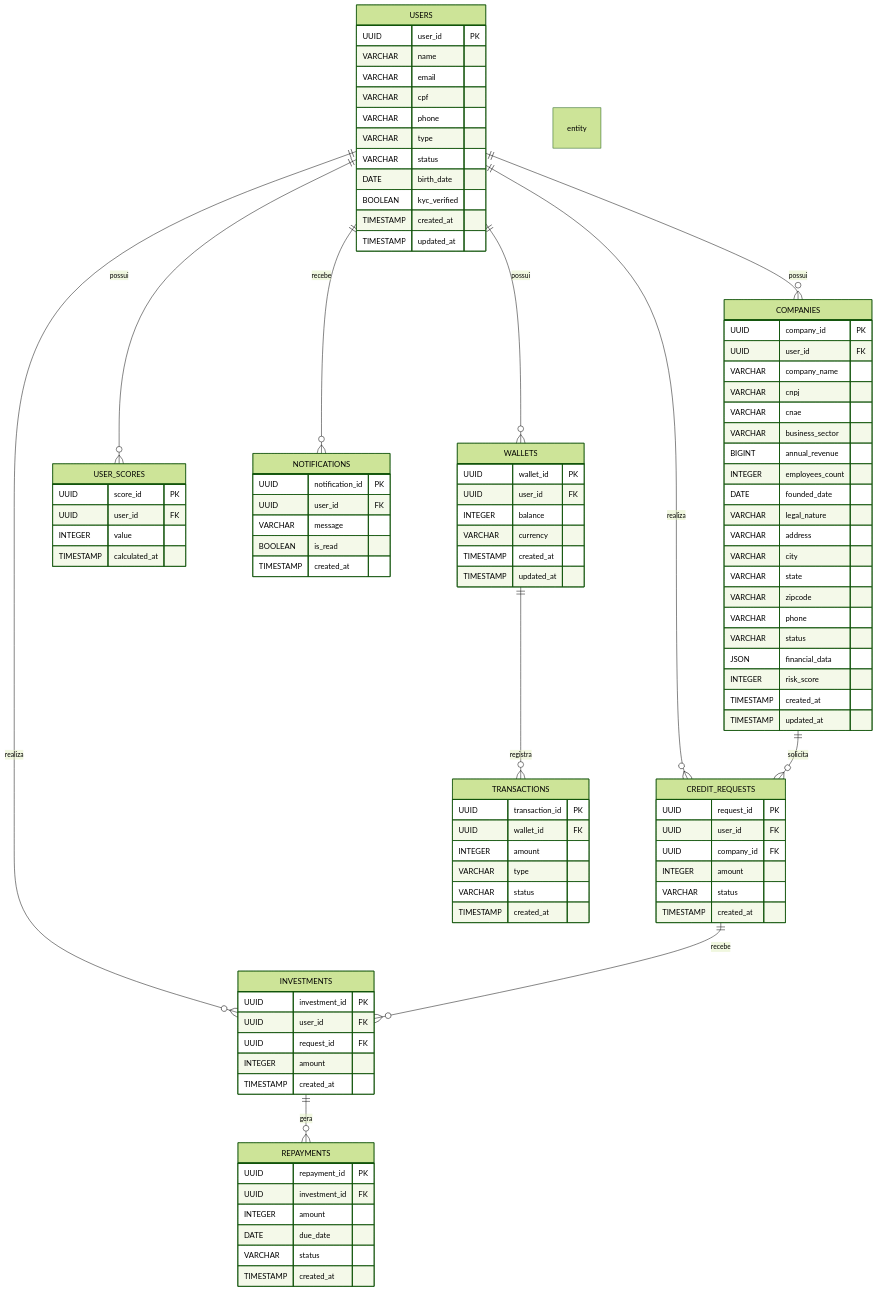
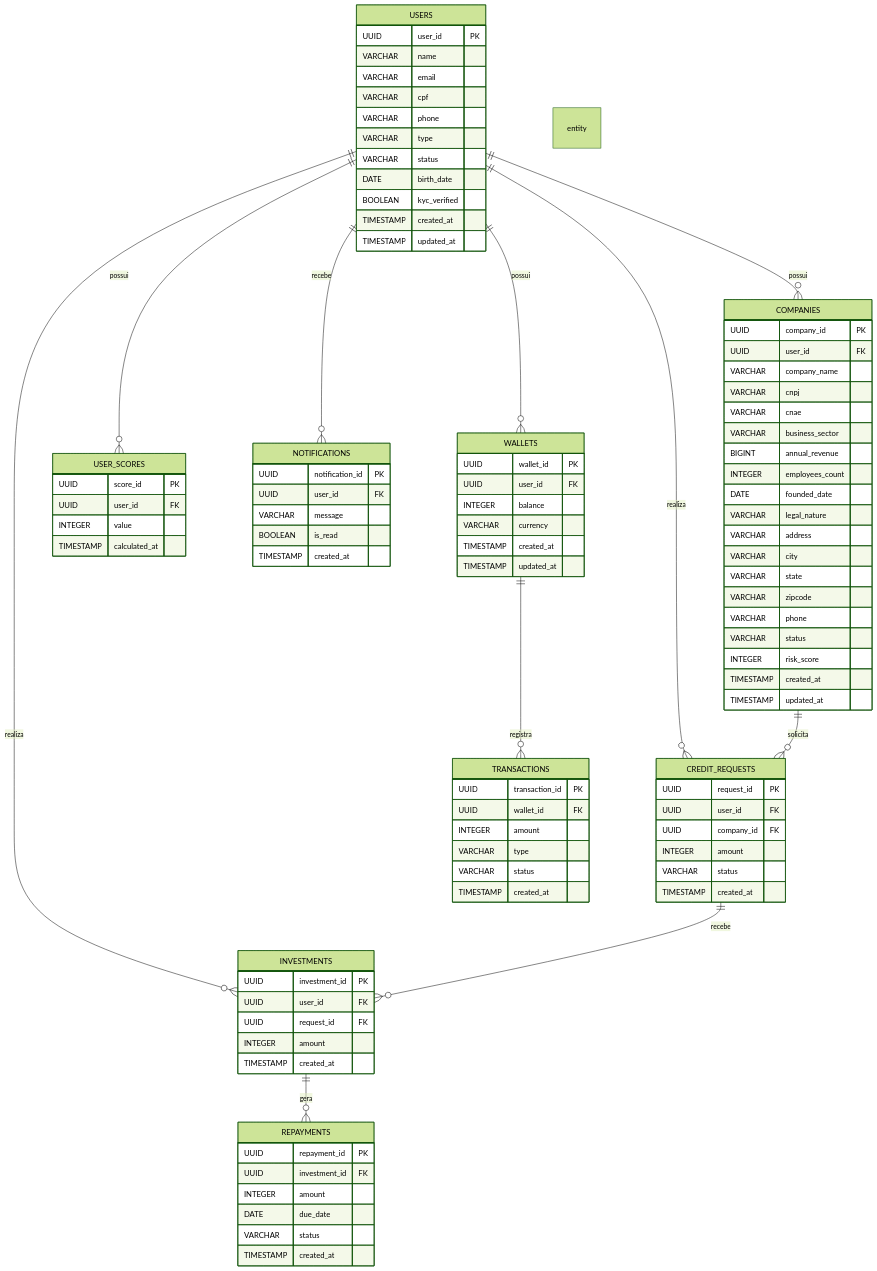
One commit to QInvest/qinvest changed the diagram in README.md. Above: the diagram before and after it, drawn with Mermaid (forest theme).

Commit message:
docs: Remove financial_data field from USERS entity in ER diagram

```diff
--- a/README.md
+++ b/README.md
@@ -71,7 +71,6 @@
         VARCHAR zipcode
         VARCHAR phone
         VARCHAR status
-        JSON financial_data
         INTEGER risk_score
         TIMESTAMP created_at
         TIMESTAMP updated_at
```
